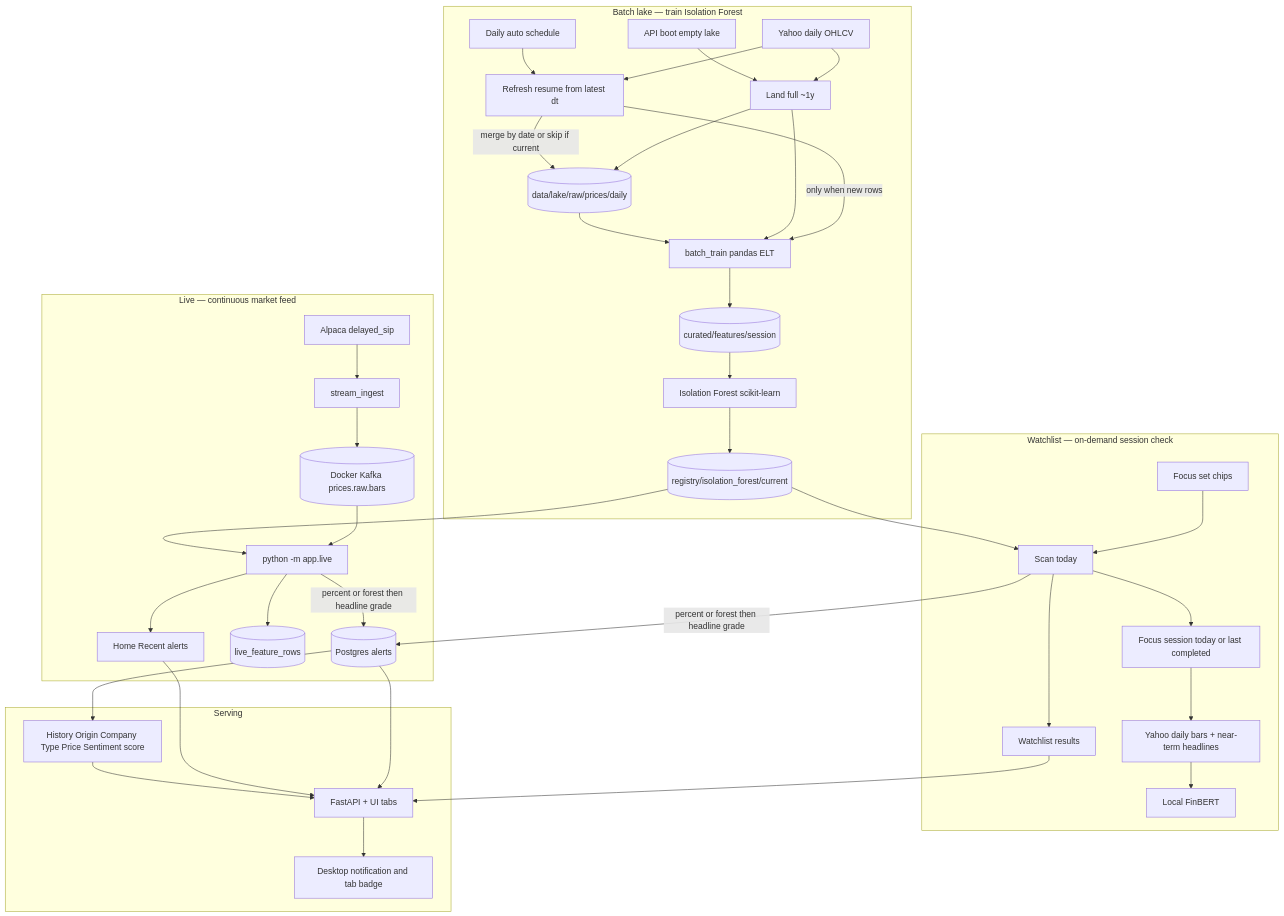
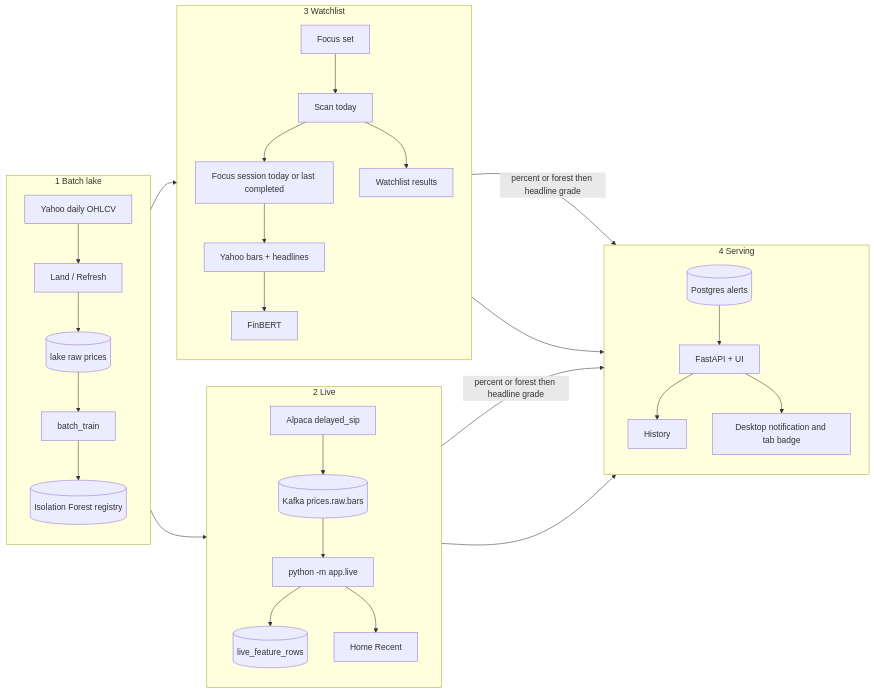
Before and after one commit to sameerde4/ticker-alert-system: the first of 10 diagrams in docs/architecture.md, drawn with Mermaid. The commit also changed other lines of this file and 2 other files, not shown here.

First line of the commit message:
Publish finished-system architecture with slide-friendly diagrams.

````diff
--- a/docs/architecture.md
+++ b/docs/architecture.md
@@ -95,46 +103,41 @@
 ```mermaid
-flowchart TB
-    subgraph batch [Batch lake — train Isolation Forest]
-        YF[Yahoo daily OHLCV] --> LAND[Land full ~1y]
-        YF --> REF[Refresh resume from latest dt]
-        BOOT[API boot empty lake] --> LAND
-        SCHED[Daily auto schedule] --> REF
-        LAND --> RAW[(data/lake/raw/prices/daily)]
-        REF -->|merge by date or skip if current| RAW
-        REF -->|only when new rows| BT[batch_train pandas ELT]
-        LAND --> BT
-        RAW --> BT
-        BT --> CUR[(curated/features/session)]
-        CUR --> IF[Isolation Forest scikit-learn]
-        IF --> REG[(registry/isolation_forest/current)]
+flowchart LR
+    subgraph batch [1 Batch lake]
+        direction TB
+        YF[Yahoo daily OHLCV] --> LAND[Land / Refresh]
+        LAND --> RAW[(lake raw prices)]
+        RAW --> BT[batch_train]
+        BT --> REG[(Isolation Forest registry)]
     end
 
-    subgraph stream [Live — continuous market feed]
-        ALP[Alpaca delayed_sip] --> PROD[stream_ingest]
-        PROD --> KAFKA[(Docker Kafka prices.raw.bars)]
+    subgraph stream [2 Live]
+        direction TB
+        ALP[Alpaca delayed_sip] --> KAFKA[(Kafka prices.raw.bars)]
         KAFKA --> LIVE[python -m app.live]
-        REG --> LIVE
-        LIVE -->|percent or forest then headline grade| PG[(Postgres alerts)]
         LIVE --> FEAT[(live_feature_rows)]
-        LIVE --> HOME[Home Recent alerts]
+        LIVE --> HOME[Home Recent]
     end
 
-    subgraph watch [Watchlist — on-demand session check]
-        WL[Focus set chips] --> RUN[Scan today]
+    subgraph watch [3 Watchlist]
+        direction TB
+        WL[Focus set] --> RUN[Scan today]
         RUN --> FOCUS[Focus session today or last completed]
-        FOCUS --> YB[Yahoo daily bars + near-term headlines]
-        YB --> FB[Local FinBERT]
-        REG --> RUN
-        RUN -->|percent or forest then headline grade| PG
+        FOCUS --> YB[Yahoo bars + headlines]
+        YB --> FB[FinBERT]
         RUN --> CHECK[Watchlist results]
     end
 
-    subgraph serve [Serving]
-        PG --> HIST[History Origin Company Type Price Sentiment score]
-        PG --> API[FastAPI + UI tabs]
+    subgraph serve [4 Serving]
+        direction TB
+        PG[(Postgres alerts)] --> API[FastAPI + UI]
+        API --> HIST[History]
         API --> NOTE[Desktop notification and tab badge]
-        HOME --> API
-        CHECK --> API
-        HIST --> API
     end
+
+    REG --> LIVE
+    REG --> RUN
+    LIVE -->|percent or forest then headline grade| PG
+    RUN -->|percent or forest then headline grade| PG
+    HOME --> API
+    CHECK --> API
 ```
````
